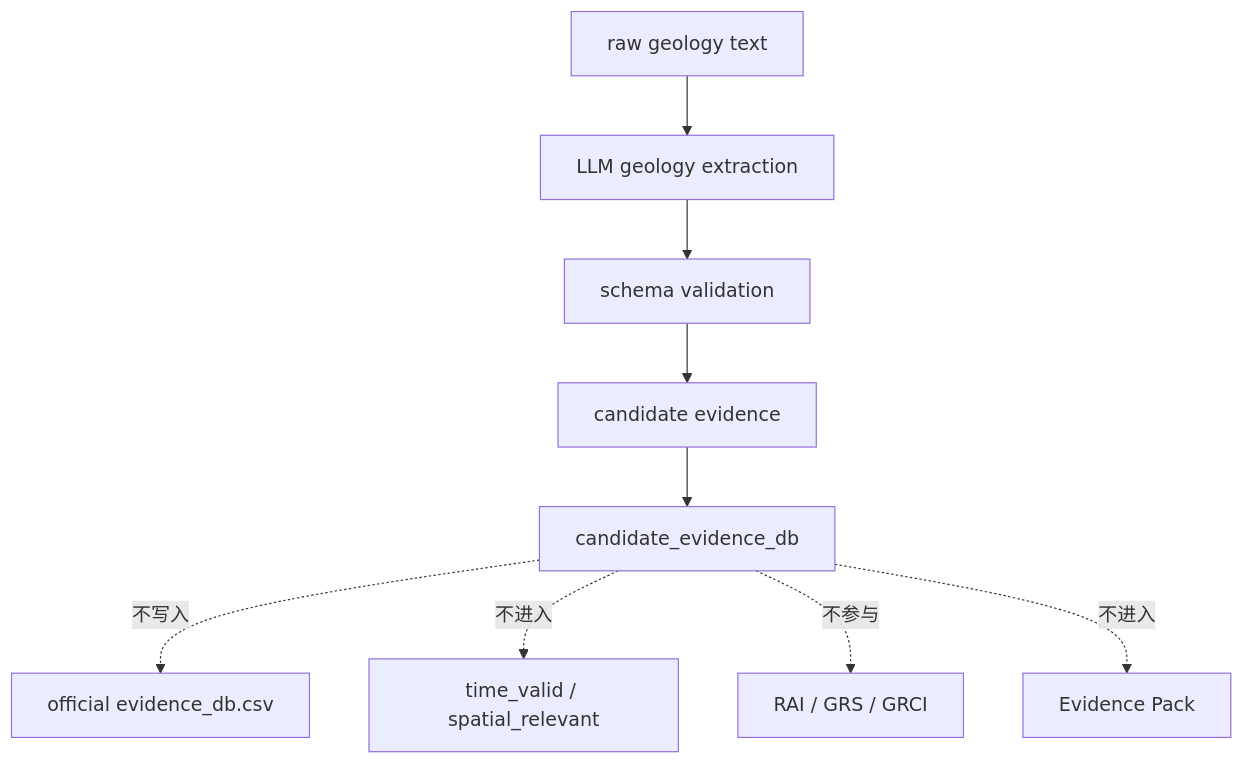
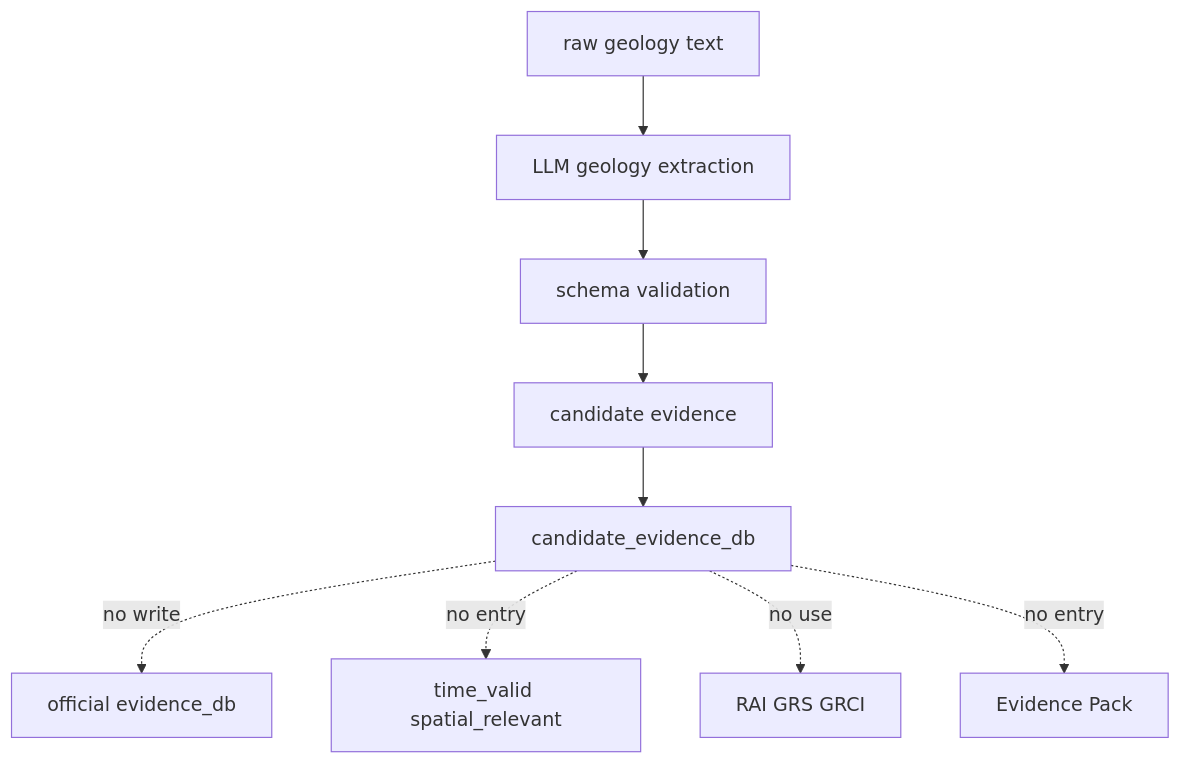
The fifth of 5 diagrams in backend/docs/system_architecture.md (xiaodazhao/tbm-report), drawn with Mermaid before and after one commit. The commit also changed other lines of this file and 1 other file, not shown here.

Commit message:
Fix GitHub Mermaid diagram rendering

````diff
--- a/backend/docs/system_architecture.md
+++ b/backend/docs/system_architecture.md
@@ -134,12 +134,12 @@
 ```mermaid
 flowchart TD
     A[raw geology text] --> B[LLM geology extraction]
     B --> C[schema validation]
     C --> D[candidate evidence]
     D --> E[candidate_evidence_db]
 
-    E -. 不写入 .-> F[official evidence_db.csv]
-    E -. 不进入 .-> G[time_valid / spatial_relevant]
-    E -. 不参与 .-> H[RAI / GRS / GRCI]
-    E -. 不进入 .-> I[Evidence Pack]
+    E -. no write .-> F[official evidence_db]
+    E -. no entry .-> G[time_valid spatial_relevant]
+    E -. no use .-> H[RAI GRS GRCI]
+    E -. no entry .-> I[Evidence Pack]
 ```
````
